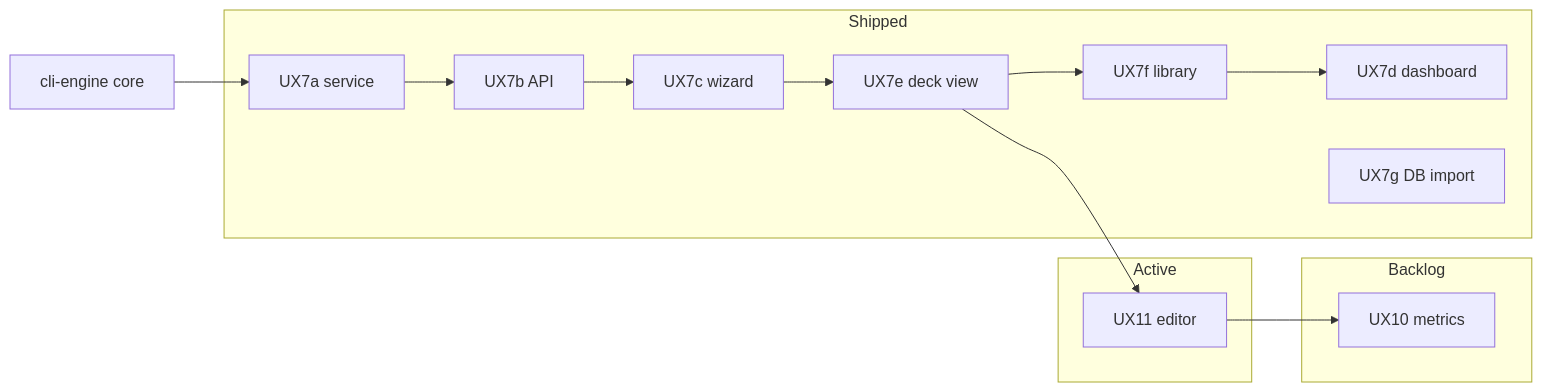
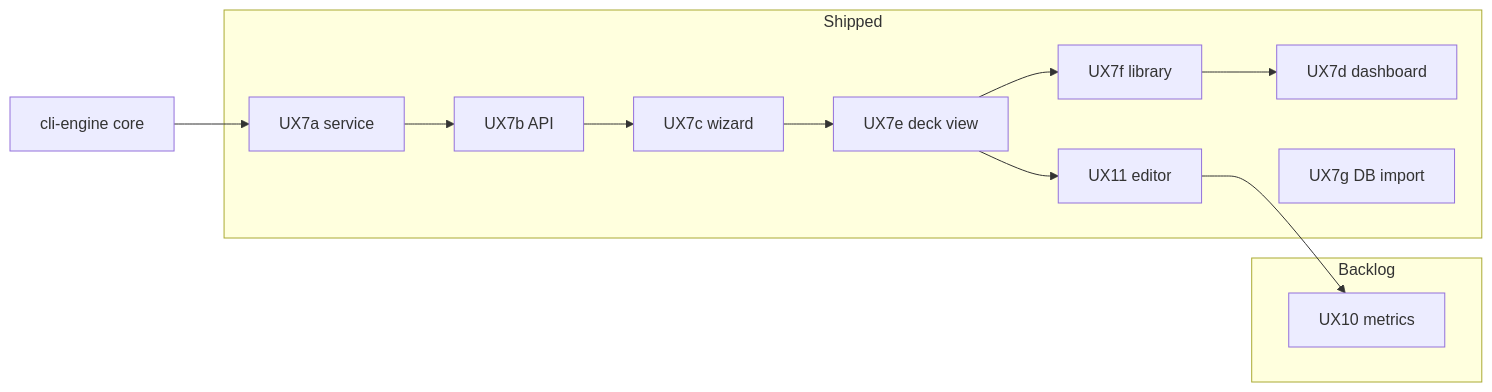
Before and after one commit to danielhood/mtg-deck-tools: the diagram in docs/roadmap/active.md, drawn with Mermaid. The commit also changed other lines of this file and 28 other files, not shown here.

````diff
--- a/docs/roadmap/active.md
+++ b/docs/roadmap/active.md
@@ -53,31 +52,28 @@
 ```mermaid
 flowchart LR
   subgraph shipped["Shipped"]
     UX7a[UX7a service]
     UX7b[UX7b API]
     UX7c[UX7c wizard]
     UX7e[UX7e deck view]
     UX7f[UX7f library]
     UX7d[UX7d dashboard]
     UX7g[UX7g DB import]
+    UX11[UX11 editor]
   end
 
   subgraph backlog["Backlog"]
     UX10[UX10 metrics]
-  end
-
-  subgraph active["Active"]
-    UX11[UX11 editor]
   end
 
   CORE[cli-engine core]
 
   CORE --> UX7a
   UX7a --> UX7b
   UX7b --> UX7c
   UX7c --> UX7e
   UX7e --> UX7f
   UX7f --> UX7d
   UX7e --> UX11
   UX11 --> UX10
 ```
````
